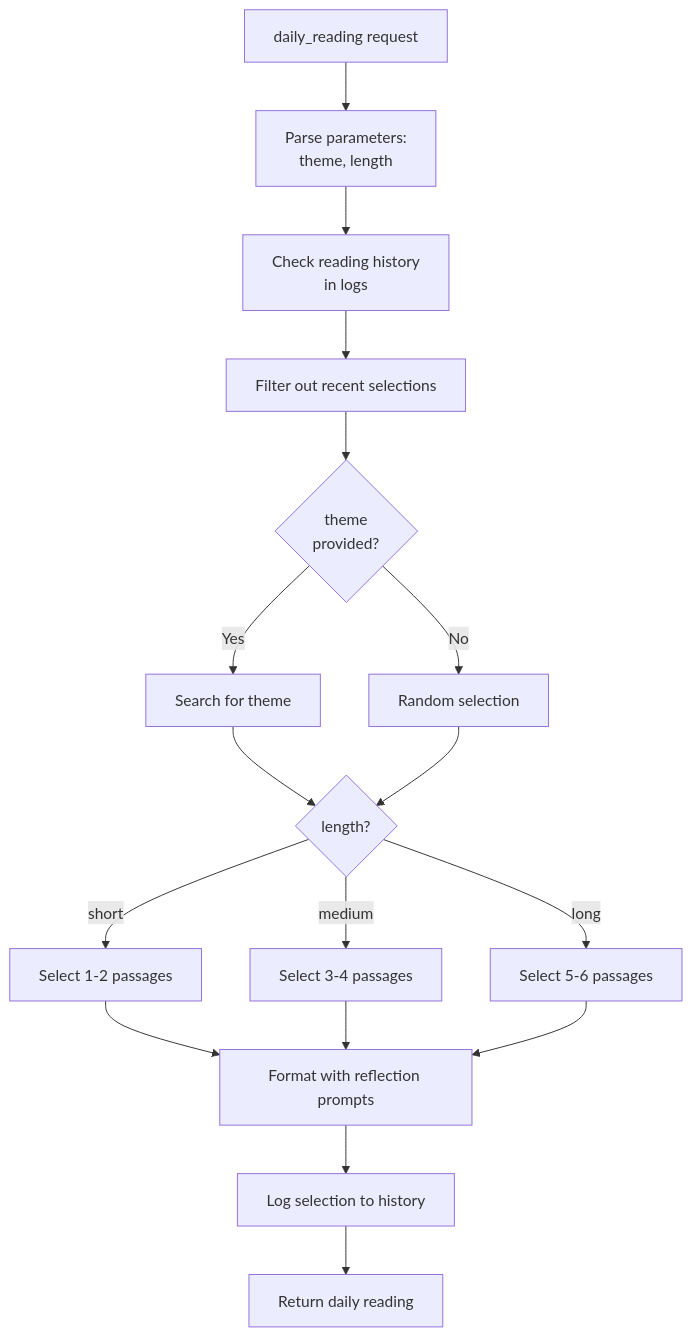
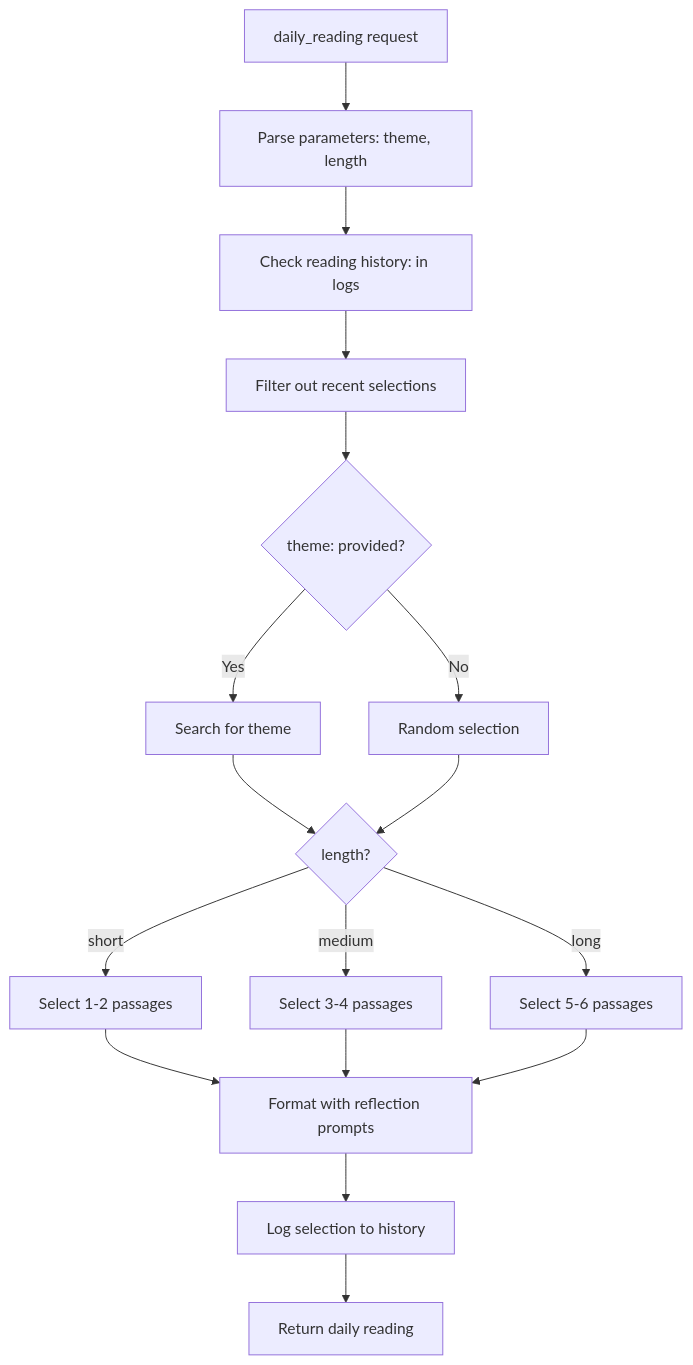
Before and after one commit to hpoliset/PersonalDocLibraryRAGMCP: diagram 14 of 22 in docs/ARCHITECTURE.md, drawn with Mermaid. The commit also changed other lines of this file and 2 other files, not shown here.

First line of the commit message:
Update documentation with upgrade instructions and fix architecture diagrams

````diff
--- a/docs/ARCHITECTURE.md
+++ b/docs/ARCHITECTURE.md
@@ -395,19 +377,19 @@
 ```mermaid
-flowchart TD
-    START[daily_reading request] --> PARAMS[Parse parameters:<br/>theme, length]
-    PARAMS --> CHECK_HISTORY[Check reading history<br/>in logs]
+graph TD
+    START[daily_reading request] --> PARAMS[Parse parameters: theme, length]
+    PARAMS --> CHECK_HISTORY[Check reading history: in logs]
     CHECK_HISTORY --> AVOID_RECENT[Filter out recent selections]
-    AVOID_RECENT --> THEME{theme<br/>provided?}
+    AVOID_RECENT --> THEME{theme: provided?}
     THEME -->|Yes| THEMED_SEARCH[Search for theme]
     THEME -->|No| RANDOM_SELECT[Random selection]
     THEMED_SEARCH --> LENGTH{length?}
     RANDOM_SELECT --> LENGTH
     LENGTH -->|short| SELECT_1[Select 1-2 passages]
     LENGTH -->|medium| SELECT_3[Select 3-4 passages]
     LENGTH -->|long| SELECT_5[Select 5-6 passages]
     SELECT_1 --> FORMAT_READING[Format with reflection prompts]
     SELECT_3 --> FORMAT_READING
     SELECT_5 --> FORMAT_READING
     FORMAT_READING --> LOG_SELECTION[Log selection to history]
     LOG_SELECTION --> RESPONSE[Return daily reading]
 ```
````
